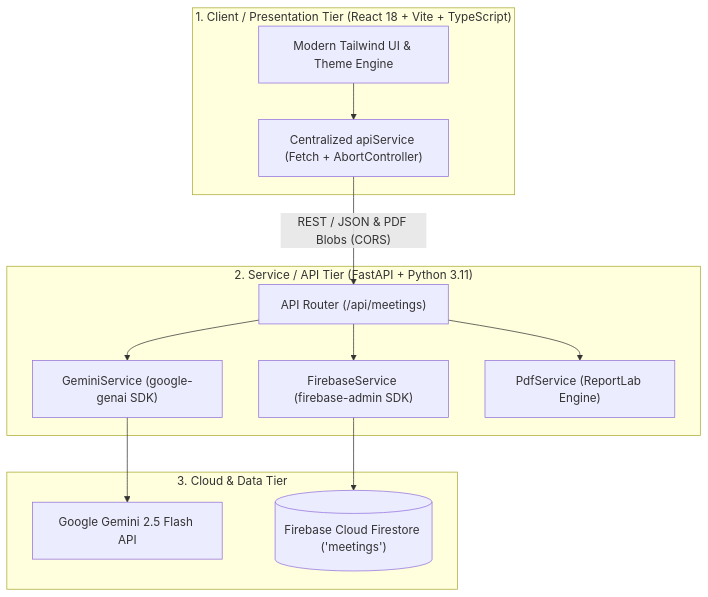
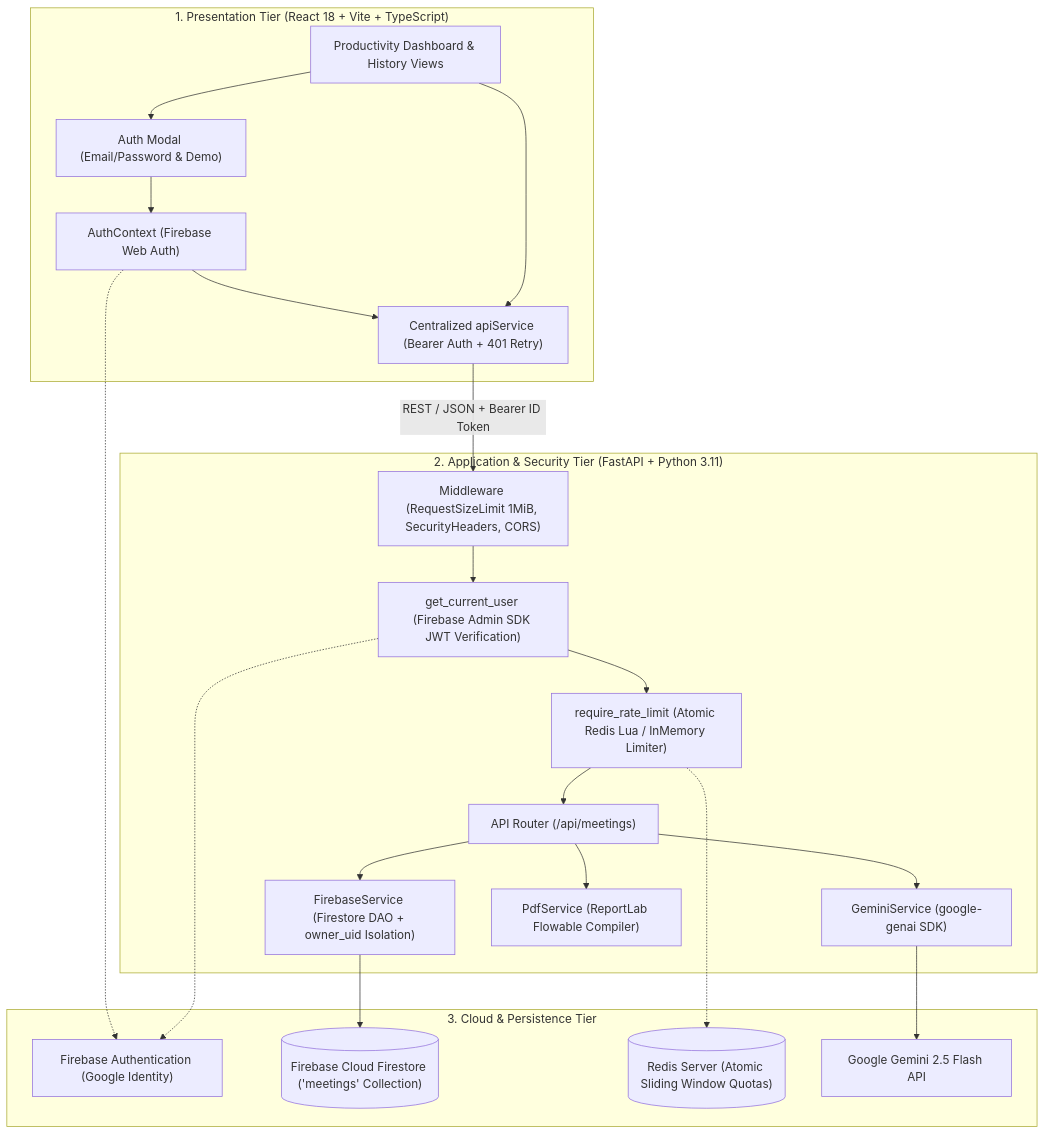
Before and after one commit to rohitt-prog/MeetMindAI: the diagram in docs/VIVA_PREPARATION.md, drawn with Mermaid. The commit also changed other lines of this file and 3 other files, not shown here.

Commit message:
docs: update MeetMind AI technical architecture

````diff
--- a/docs/VIVA_PREPARATION.md
+++ b/docs/VIVA_PREPARATION.md
@@ -44,29 +49,48 @@
 ```mermaid
 graph TD
-    subgraph PresentationTier ["1. Client / Presentation Tier (React 18 + Vite + TypeScript)"]
-        UI["Modern Tailwind UI & Theme Engine"]
-        APIService["Centralized apiService (Fetch + AbortController)"]
+    subgraph PresentationTier ["1. Presentation Tier (React 18 + Vite + TypeScript)"]
+        UI["Productivity Dashboard & History Views"]
+        AuthModal["Auth Modal (Email/Password & Demo)"]
+        AuthCtx["AuthContext (Firebase Web Auth)"]
+        APIService["Centralized apiService (Bearer Auth + 401 Retry)"]
+
+        UI --> AuthModal
+        AuthModal --> AuthCtx
+        AuthCtx --> APIService
         UI --> APIService
     end
 
-    subgraph ServiceTier ["2. Service / API Tier (FastAPI + Python 3.11)"]
+    subgraph ServiceTier ["2. Application & Security Tier (FastAPI + Python 3.11)"]
+        MiddlewareStack["Middleware (RequestSizeLimit 1MiB, SecurityHeaders, CORS)"]
+        AuthDep["get_current_user (Firebase Admin SDK JWT Verification)"]
+        RateLimitDep["require_rate_limit (Atomic Redis Lua / InMemory Limiter)"]
         Router["API Router (/api/meetings)"]
+
         GeminiService["GeminiService (google-genai SDK)"]
-        FirebaseService["FirebaseService (firebase-admin SDK)"]
-        PdfService["PdfService (ReportLab Engine)"]
+        FirebaseService["FirebaseService (Firestore DAO + owner_uid Isolation)"]
+        PdfService["PdfService (ReportLab Flowable Compiler)"]
+
+        MiddlewareStack --> AuthDep
+        AuthDep --> RateLimitDep
+        RateLimitDep --> Router
         
         Router --> GeminiService
         Router --> FirebaseService
         Router --> PdfService
     end
 
-    subgraph InfrastructureTier ["3. Cloud & Data Tier"]
+    subgraph InfrastructureTier ["3. Cloud & Persistence Tier"]
+        FirebaseAuth["Firebase Authentication (Google Identity)"]
+        Firestore[("Firebase Cloud Firestore ('meetings' Collection)")]
+        RedisServer[("Redis Server (Atomic Sliding Window Quotas)")]
         Gemini["Google Gemini 2.5 Flash API"]
-        Firestore[("Firebase Cloud Firestore ('meetings')")]
         
+        AuthCtx -.-> FirebaseAuth
+        AuthDep -.-> FirebaseAuth
+        RateLimitDep -.-> RedisServer
         GeminiService --> Gemini
         FirebaseService --> Firestore
     end
 
-    APIService -- "REST / JSON & PDF Blobs (CORS)" --> Router
+    APIService -- "REST / JSON + Bearer ID Token" --> MiddlewareStack
 ```
````
